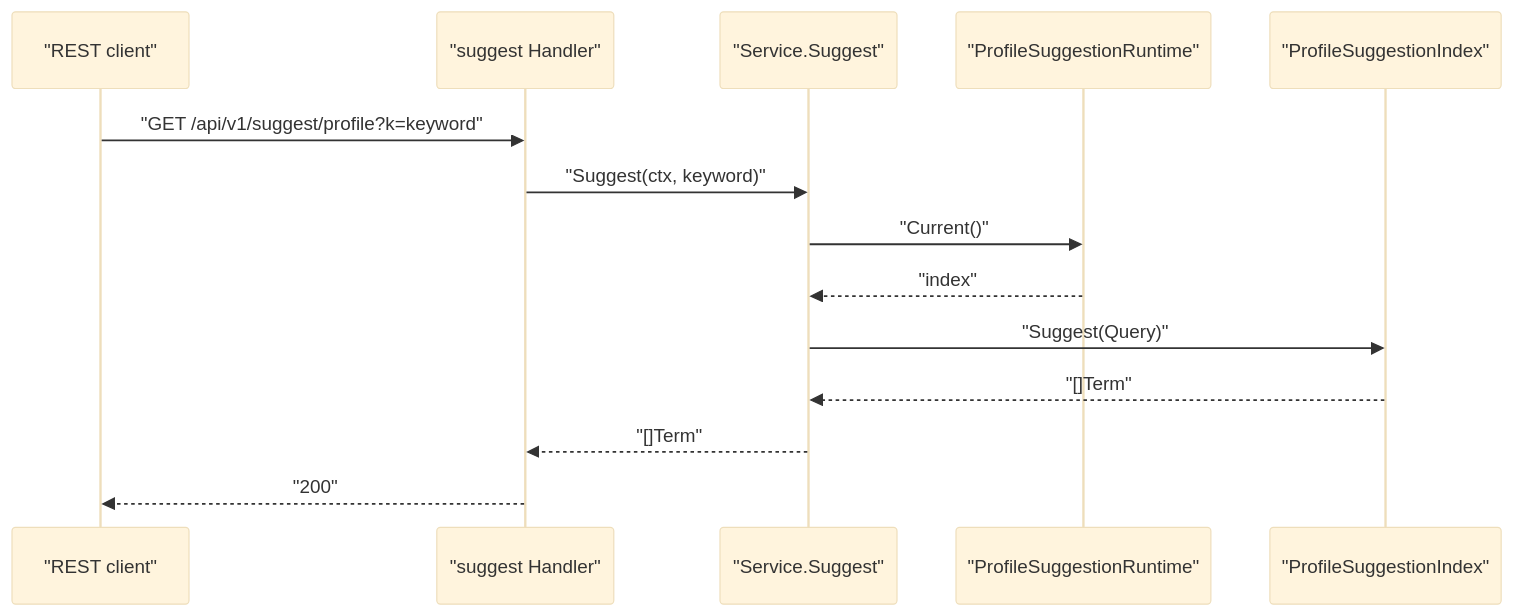
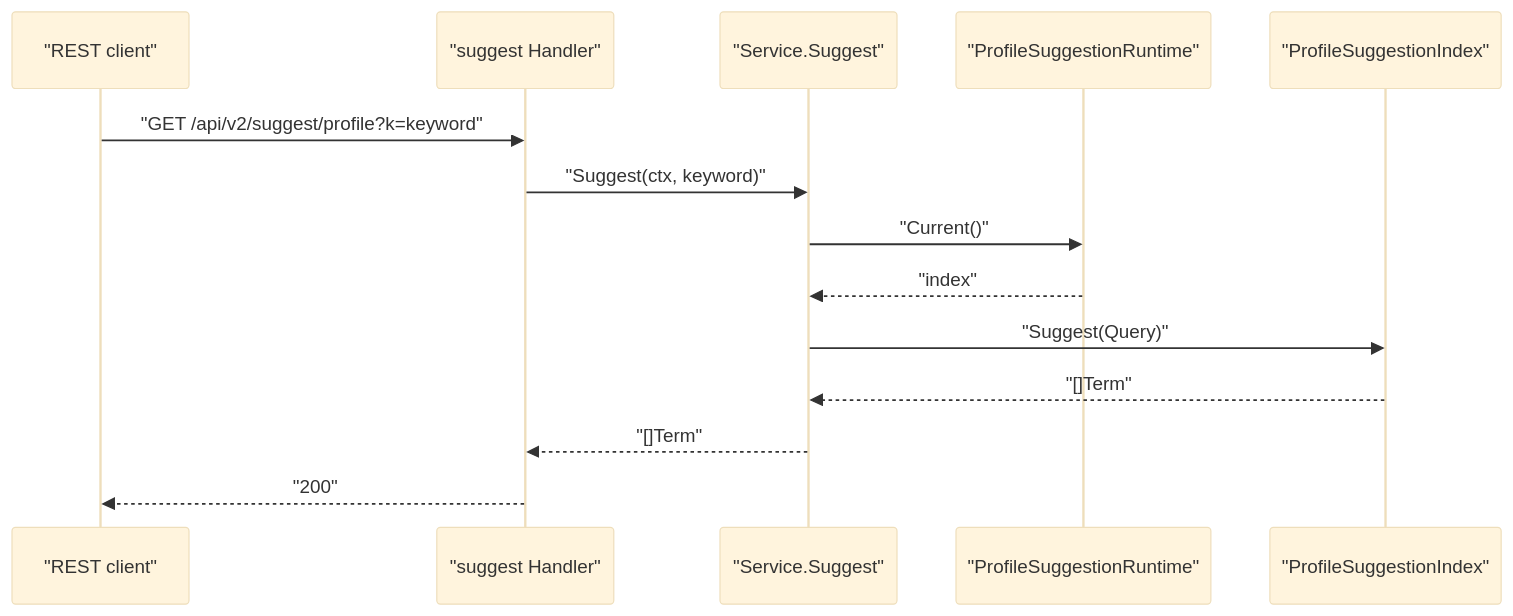
Before and after one commit to FangcunMount/iam: the third of 4 diagrams in docs/02-业务域/04-suggest-儿童联想搜索.md, drawn with Mermaid (base theme). The commit also changed other lines of this file and 611 other files, not shown here.

````diff
--- a/docs/02-业务域/04-suggest-儿童联想搜索.md
+++ b/docs/02-业务域/04-suggest-儿童联想搜索.md
@@ -136,17 +136,17 @@
 ```mermaid
 sequenceDiagram
     participant C as "REST client"
     participant H as "suggest Handler"
     participant S as "Service.Suggest"
     participant R as "ProfileSuggestionRuntime"
     participant I as "ProfileSuggestionIndex"
 
-    C->>H: "GET /api/v1/suggest/profile?k=keyword"
+    C->>H: "GET /api/v2/suggest/profile?k=keyword"
     H->>S: "Suggest(ctx, keyword)"
     S->>R: "Current()"
     R-->>S: "index"
     S->>I: "Suggest(Query)"
     I-->>S: "[]Term"
     S-->>H: "[]Term"
     H-->>C: "200"
 ```
````
